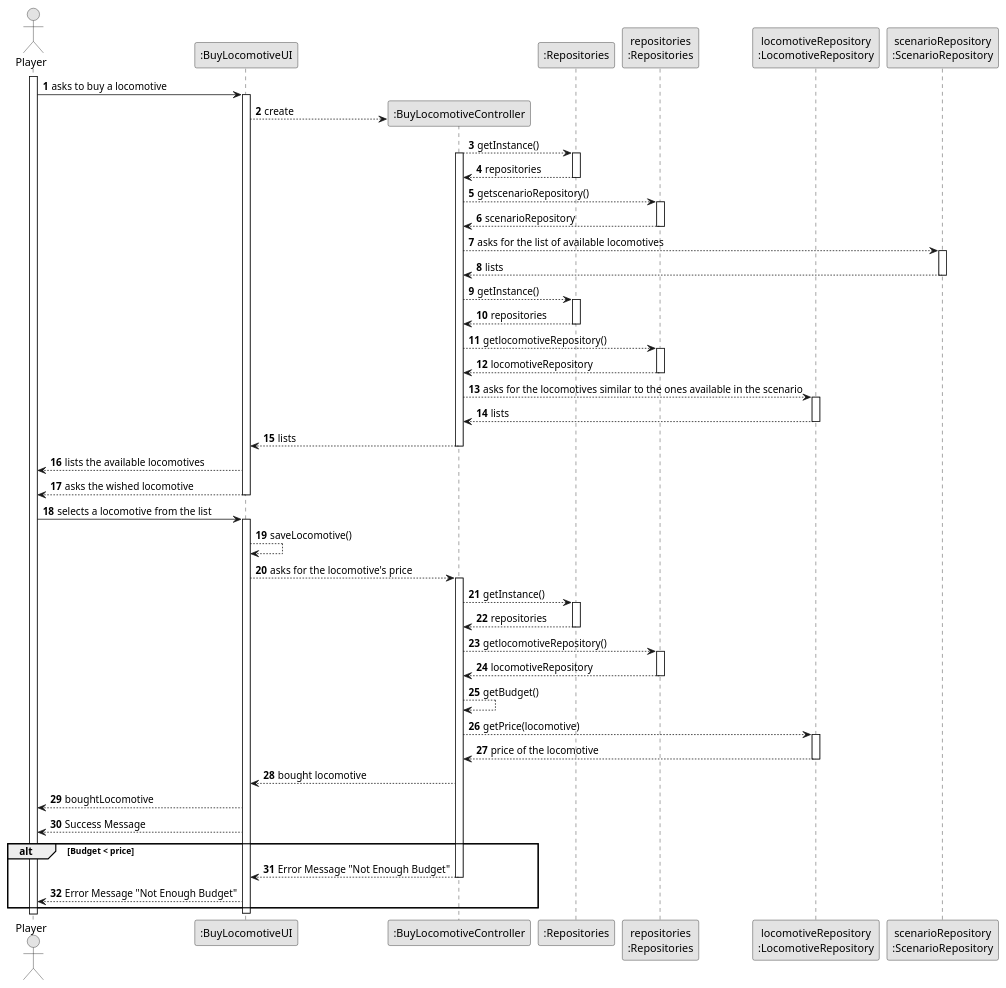
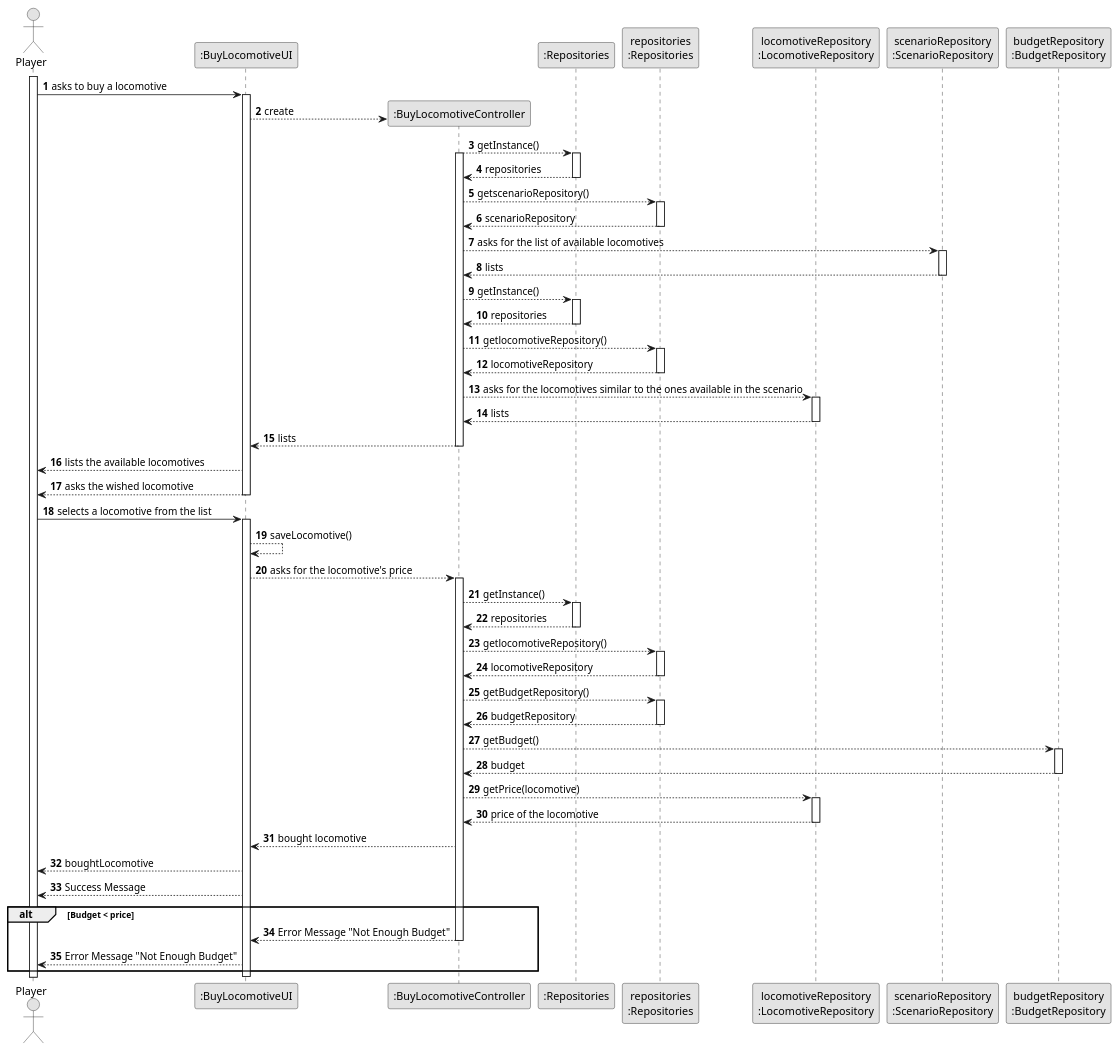
Before and after one commit to goncalolopesp/sem2-pi-24.25-g093-repo: the diagram in docs/system-documentation/US009/03.design/puml/US009-SD.puml, drawn with PlantUML.

Commit message:
US009 - Updated the "Full System Diagram"

```diff
--- a/docs/system-documentation/US009/03.design/puml/US009-SD.puml
+++ b/docs/system-documentation/US009/03.design/puml/US009-SD.puml
@@ -1,111 +1,120 @@
 @startuml
 skinparam monochrome true
 skinparam packageStyle rectangle
 skinparam shadowing false
 
 autonumber
 
 actor "Player" as Employee
 participant ":BuyLocomotiveUI" as BuyLocomotiveUI
 
 activate Employee
 
 Employee -> BuyLocomotiveUI : asks to buy a locomotive
 activate BuyLocomotiveUI
 
 create ":BuyLocomotiveController" as BuyLocomotiveController
 
 BuyLocomotiveUI --> BuyLocomotiveController : create
 
 
 
 
 participant ":Repositories" as Repositories
 participant "repositories\n:Repositories" as Repo
 participant "locomotiveRepository\n:LocomotiveRepository" as locomotiveRepository
 participant "scenarioRepository\n:ScenarioRepository" as scenarioRepository
+participant "budgetRepository\n:BudgetRepository" as budgetRepository
 
 BuyLocomotiveController --> Repositories : getInstance()
 activate BuyLocomotiveController
 activate Repositories
 
 Repositories --> BuyLocomotiveController : repositories
 
 deactivate Repositories
 
 BuyLocomotiveController --> Repo : getscenarioRepository()
 activate Repo
 
 Repo --> BuyLocomotiveController : scenarioRepository
 deactivate Repo
 
 
 BuyLocomotiveController --> scenarioRepository : asks for the list of available locomotives
 activate scenarioRepository
 scenarioRepository --> BuyLocomotiveController : lists
 deactivate scenarioRepository
 
 BuyLocomotiveController --> Repositories : getInstance()
 activate Repositories
 Repositories --> BuyLocomotiveController : repositories
 deactivate Repositories
 
 BuyLocomotiveController --> Repo : getlocomotiveRepository()
 activate Repo
 Repo --> BuyLocomotiveController : locomotiveRepository
 deactivate Repo
 
 BuyLocomotiveController --> locomotiveRepository : asks for the locomotives similar to the ones available in the scenario
 activate locomotiveRepository
 locomotiveRepository --> BuyLocomotiveController : lists
 deactivate locomotiveRepository
 
 BuyLocomotiveController --> BuyLocomotiveUI : lists
 
 deactivate BuyLocomotiveController
 
 BuyLocomotiveUI --> Employee : lists the available locomotives
 BuyLocomotiveUI --> Employee : asks the wished locomotive
 deactivate BuyLocomotiveUI
 
 Employee -> BuyLocomotiveUI : selects a locomotive from the list
 
 activate BuyLocomotiveUI
 
 BuyLocomotiveUI --> BuyLocomotiveUI : saveLocomotive()
 
 BuyLocomotiveUI --> BuyLocomotiveController : asks for the locomotive's price
 activate BuyLocomotiveController
 
 BuyLocomotiveController --> Repositories : getInstance()
 activate Repositories
 Repositories --> BuyLocomotiveController : repositories
 deactivate Repositories
 
 BuyLocomotiveController --> Repo : getlocomotiveRepository()
 activate Repo
 Repo --> BuyLocomotiveController : locomotiveRepository
 deactivate Repo
 
-BuyLocomotiveController --> BuyLocomotiveController : getBudget()
+BuyLocomotiveController --> Repo : getBudgetRepository()
+activate Repo
+Repo --> BuyLocomotiveController : budgetRepository
+deactivate Repo
+
+BuyLocomotiveController --> budgetRepository : getBudget()
+activate budgetRepository
+budgetRepository --> BuyLocomotiveController : budget
+deactivate budgetRepository
 
 BuyLocomotiveController --> locomotiveRepository : getPrice(locomotive)
 activate locomotiveRepository
 locomotiveRepository --> BuyLocomotiveController : price of the locomotive
 deactivate locomotiveRepository
 
 BuyLocomotiveController --> BuyLocomotiveUI : bought locomotive
 
 BuyLocomotiveUI --> Employee : boughtLocomotive
 BuyLocomotiveUI --> Employee : Success Message
 
 alt Budget < price
     BuyLocomotiveController --> BuyLocomotiveUI : Error Message "Not Enough Budget"
     deactivate BuyLocomotiveController
     BuyLocomotiveUI --> Employee : Error Message "Not Enough Budget"
 end
 
 deactivate BuyLocomotiveUI
 
 
 @enduml
```
